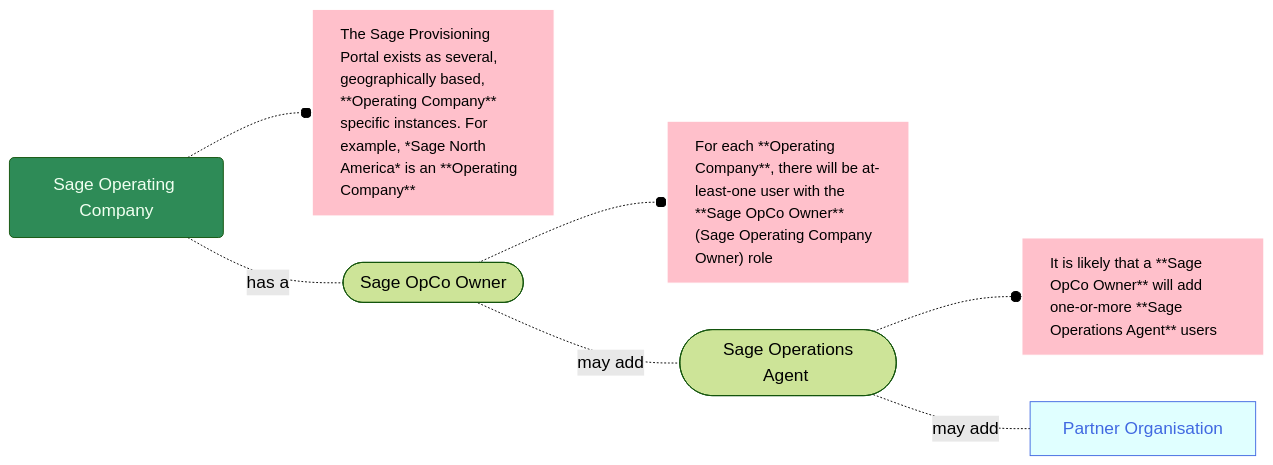
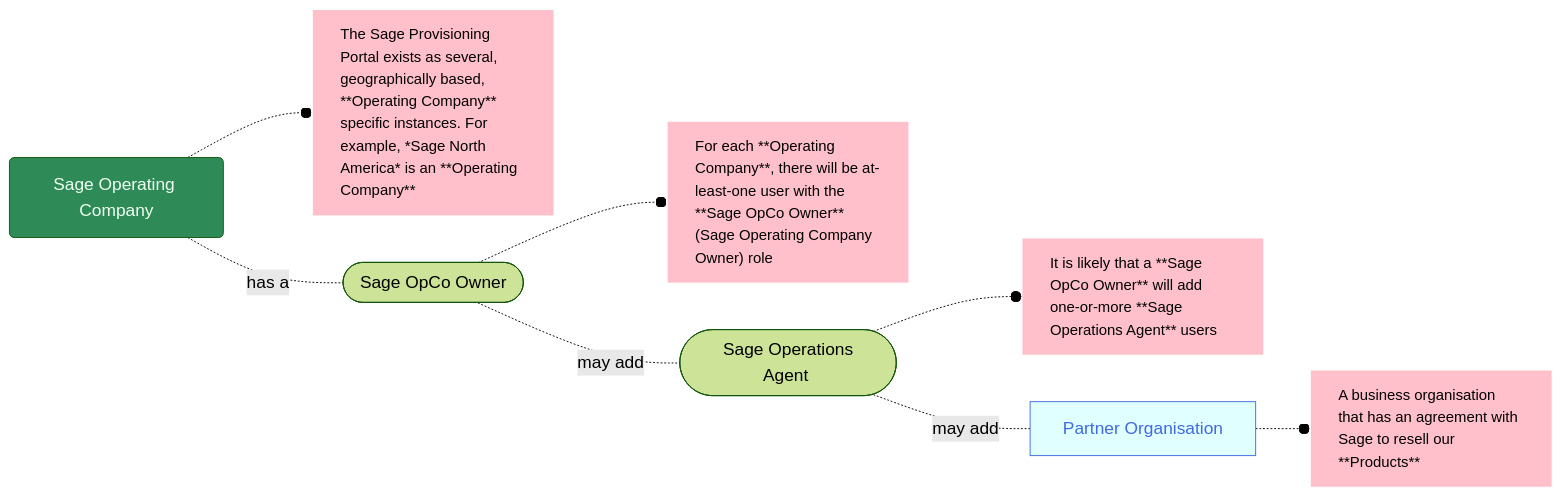
One commit to joe-dorward/samples changed the diagram in 2025_Sage/10_What is an Operating Company.mdx. Above: the diagram before and after it, drawn with Mermaid.

Commit message:
Update 10_What is an Operating Company.mdx

````diff
--- a/2025_Sage/10_What is an Operating Company.mdx
+++ b/2025_Sage/10_What is an Operating Company.mdx
@@ -1,35 +1,36 @@
 ```mermaid
 %%{
   init: {
     'theme': 'forest',
     'themeVariables': {
       'fontSize':'14pt'
     }
   }
 }%%
 flowchart LR
   classDef Sage fill:seagreen, color:honeydew;
   classDef Noun fill:lightcyan, stroke:royalblue, color:royalblue;
   classDef Note fill:pink, stroke:white, text-align:left, font-size: 95%;
 
   SAGE_OPERATING_COMPANY_01(Sage Operating Company)-.-o
   SAGE_OPERATING_COMPANY_01_Note[The Sage Provisioning Portal exists as several, geographically based, **Operating Company** specific instances. For example, *Sage North America* is an **Operating Company**]
 
   SAGE_OPERATING_COMPANY_01-.has a.-
   SAGE_OPCO_OWNER_01([&nbsp;Sage OpCo Owner&nbsp;])-.-o
   SAGE_OPCO_OWNER_01_NOTE["For each **Operating Company**, there will be at-least-one user with the **Sage OpCo Owner** (Sage Operating Company Owner) role"]
 
   SAGE_OPCO_OWNER_01-.may add.-
   SAGE_OPERATIONS_AGENT_01([&nbsp;Sage Operations Agent&nbsp;])-.-o
   SAGE_OPERATIONS_AGENT_01_NOTE[It is likely that a **Sage OpCo Owner** will add one-or-more **Sage Operations Agent** users]
 
   SAGE_OPERATIONS_AGENT_01-.may add.-
-  PARTNER_ORGANISATION_01[&nbsp;Partner Organisation&nbsp;]
+  PARTNER_ORGANISATION_01[&nbsp;Partner Organisation&nbsp;]-.-o
+  PARTNER_ORGANISATION_01_NOTE[A business organisation that has an agreement with Sage to resell our **Products**]
 
+  %% ---------- ---------- ---------- ---------- ---------- ---------- ---------- ---------- ---------- ----------
   class SAGE_OPERATING_COMPANY_01 Sage
   class PARTNER_ORGANISATION_01 Noun
   class SAGE_OPERATING_COMPANY_01_Note,SAGE_OPCO_OWNER_01_NOTE,SAGE_OPERATIONS_AGENT_01_NOTE,PARTNER_ORGANISATION_01_NOTE Note
 
-  class PRIMARY_CONTACT_01_NOTE Note
-  class PARTNER_OPERATIONS_AGENT_01_NOTE,PARTNER_OPERATIONS_AGENT_01_NOTE Note
+
 ```
````
